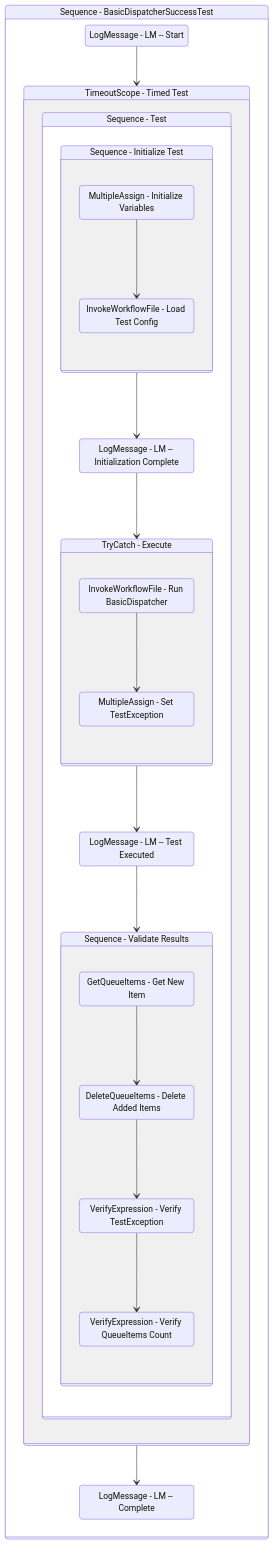
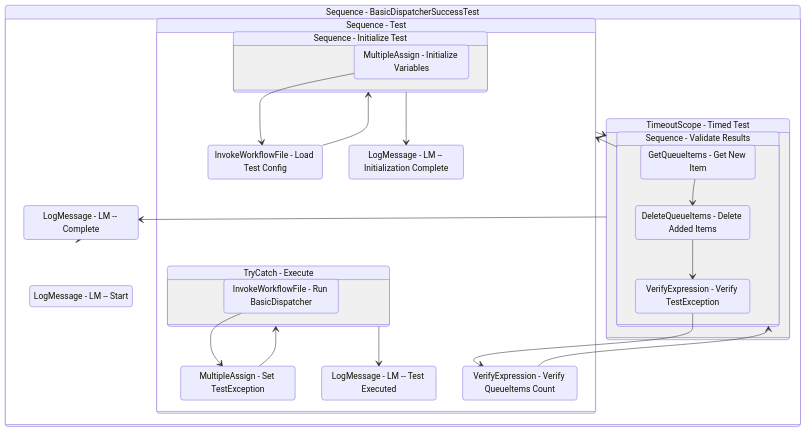
One commit to yashbrahmbhatt/LazyFramework changed the diagram in Documentation/.templates/Dispatchers/Basic/Tests/BasicDispatcherSuccessTest.md. Above: the diagram before and after it, drawn with Mermaid. The commit also changed 83 other files, not shown here.

````diff
--- a/Documentation/.templates/Dispatchers/Basic/Tests/BasicDispatcherSuccessTest.md
+++ b/Documentation/.templates/Dispatchers/Basic/Tests/BasicDispatcherSuccessTest.md
@@ -120,54 +120,54 @@
 ```mermaid
 stateDiagram-v2
-
 
 Sequence_1: Sequence - BasicDispatcherSuccessTest
 state Sequence_1 {
 direction TB
 LogMessage_1 : LogMessage - LM -- Start
-LogMessage_1 --> TimeoutScope_1
 TimeoutScope_1: TimeoutScope - Timed Test
 state TimeoutScope_1 {
 direction TB
-
 Sequence_5: Sequence - Test
 state Sequence_5 {
 direction TB
-
 Sequence_6: Sequence - Initialize Test
 state Sequence_6 {
 direction TB
 MultipleAssign_2 : MultipleAssign - Initialize Variables
 InvokeWorkflowFile_1 : InvokeWorkflowFile - Load Test Config
 MultipleAssign_2 --> InvokeWorkflowFile_1
 }
+InvokeWorkflowFile_1 --> Sequence_6
 LogMessage_2 : LogMessage - LM -- Initialization Complete
 Sequence_6 --> LogMessage_2
-LogMessage_2 --> TryCatch_1
 TryCatch_1: TryCatch - Execute
 state TryCatch_1 {
 direction TB
 InvokeWorkflowFile_2 : InvokeWorkflowFile - Run BasicDispatcher
 MultipleAssign_1 : MultipleAssign - Set TestException
 InvokeWorkflowFile_2 --> MultipleAssign_1
 }
+MultipleAssign_1 --> TryCatch_1
 LogMessage_3 : LogMessage - LM -- Test Executed
 TryCatch_1 --> LogMessage_3
-LogMessage_3 --> Sequence_4
 Sequence_4: Sequence - Validate Results
 state Sequence_4 {
 direction TB
 GetQueueItems_1 : GetQueueItems - Get New Item
 DeleteQueueItems_2 : DeleteQueueItems - Delete Added Items
 GetQueueItems_1 --> DeleteQueueItems_2
 VerifyExpression_6 : VerifyExpression - Verify TestException
 DeleteQueueItems_2 --> VerifyExpression_6
 VerifyExpression_7 : VerifyExpression - Verify QueueItems Count
 VerifyExpression_6 --> VerifyExpression_7
 }
+VerifyExpression_7 --> Sequence_4
 }
+Sequence_4 --> Sequence_5
 }
+Sequence_5 --> TimeoutScope_1
 LogMessage_4 : LogMessage - LM -- Complete
 TimeoutScope_1 --> LogMessage_4
 }
+LogMessage_4 --> Sequence_1
 ```
````
